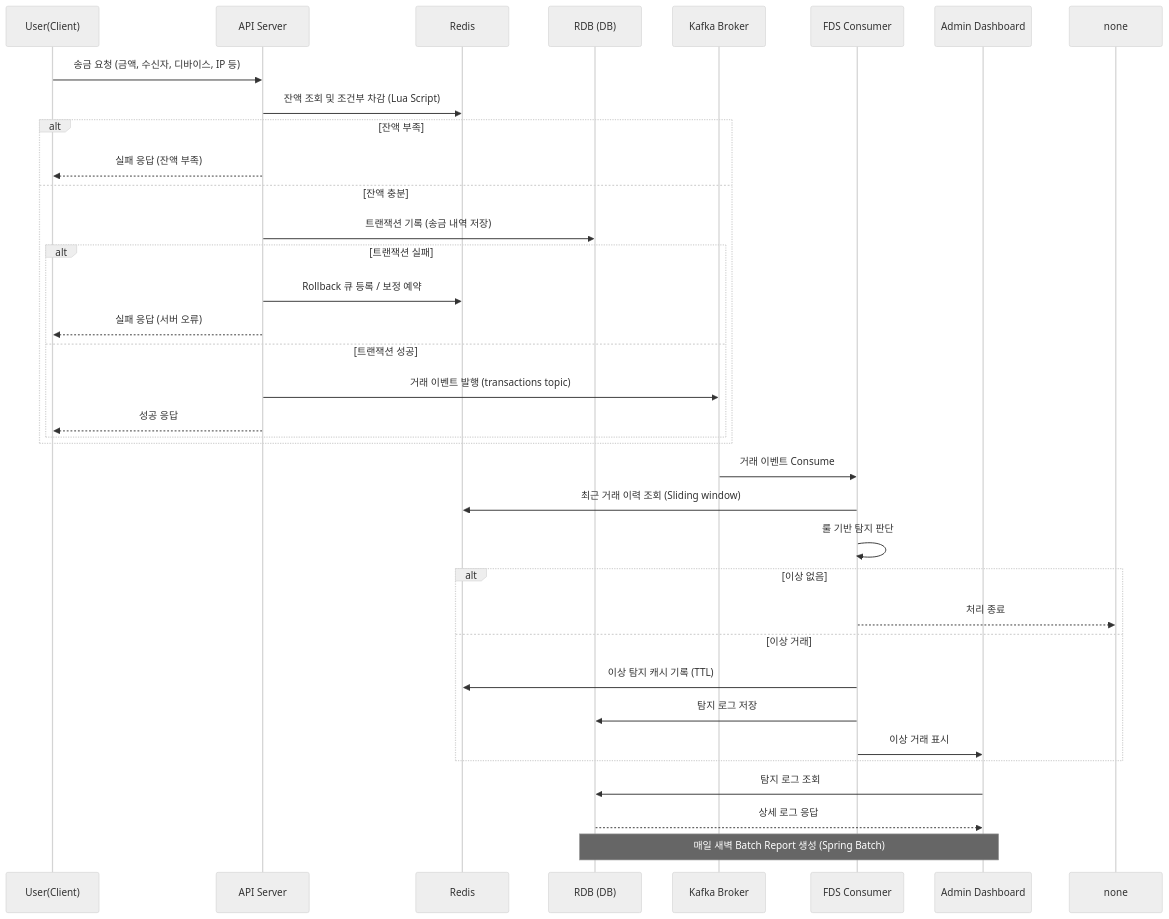
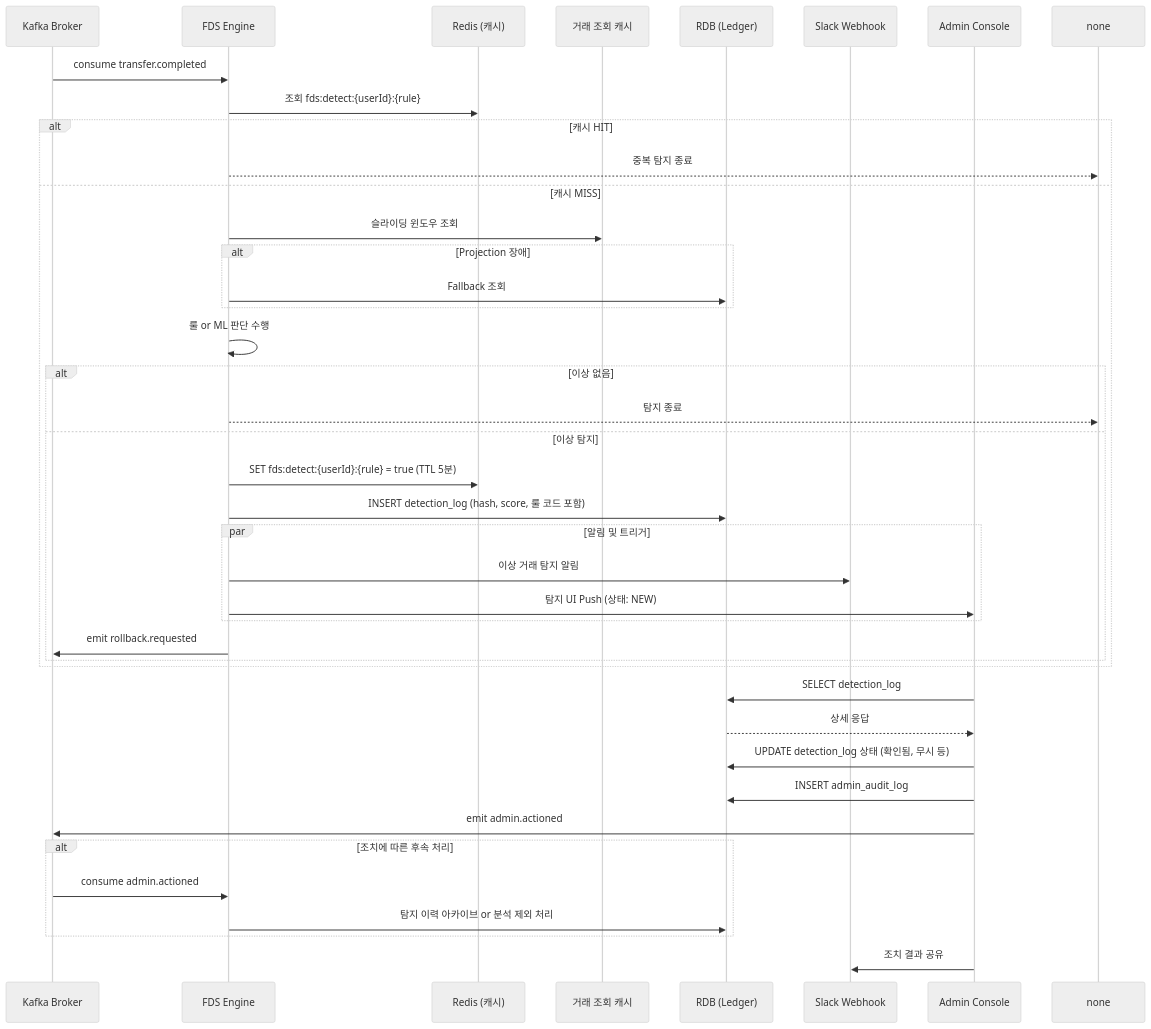
One commit to hyungkishin/FDS-System changed the third of 5 diagrams in GUIDE.md. Above: the diagram before and after it, drawn with Mermaid (neutral theme). The commit also changed other lines of this file, not shown here.

Commit message:
docs: sequance diagram 보완 - 인증, 송금 이벤트, admin 관점 의 조치, batch, 전체 구조도

````diff
--- a/GUIDE.md
+++ b/GUIDE.md
@@ -26,41 +95,44 @@
 ```mermaid
 sequenceDiagram
-  participant Client as User(Client)
-  participant API as API Server
-  participant Redis as Redis
-  participant RDB as RDB (DB)
-  participant Kafka as Kafka Broker
-  participant FDS as FDS Consumer
-  participant Admin as Admin Dashboard
+    participant Kafka as Kafka Broker
+    participant FDS as FDS Engine
+    participant Redis as Redis (캐시)
+    participant Projection as 거래 조회 캐시
+    participant RDB as RDB (Ledger)
+    participant Slack as Slack Webhook
+    participant Admin as Admin Console
 
-  Client->>API: 송금 요청 (금액, 수신자, 디바이스, IP 등)
-  API->>Redis: 잔액 조회 및 조건부 차감 (Lua Script)
-  alt 잔액 부족
-    API-->>Client: 실패 응답 (잔액 부족)
-  else 잔액 충분
-    API->>RDB: 트랜잭션 기록 (송금 내역 저장)
-    alt 트랜잭션 실패
-      API->>Redis: Rollback 큐 등록 / 보정 예약
-      API-->>Client: 실패 응답 (서버 오류)
-    else 트랜잭션 성공
-      API->>Kafka: 거래 이벤트 발행 (transactions topic)
-      API-->>Client: 성공 응답
+    Kafka->>FDS: consume transfer.completed
+    FDS->>Redis: 조회 fds:detect:{userId}:{rule}
+    alt 캐시 HIT
+        FDS-->>none: 중복 탐지 종료
+    else 캐시 MISS
+        FDS->>Projection: 슬라이딩 윈도우 조회
+        alt Projection 장애
+            FDS->>RDB: Fallback 조회
+        end
+        FDS->>FDS: 룰 or ML 판단 수행
+        alt 이상 없음
+            FDS-->>none: 탐지 종료
+        else 이상 탐지
+            FDS->>Redis: SET fds:detect:{userId}:{rule} = true (TTL 5분)
+            FDS->>RDB: INSERT detection_log (hash, score, 룰 코드 포함)
+            par 알림 및 트리거
+                FDS->>Slack: 이상 거래 탐지 알림
+                FDS->>Admin: 탐지 UI Push (상태: NEW)
+            end
+            FDS->>Kafka: emit rollback.requested
+        end
     end
-  end
 
-  Kafka->>FDS: 거래 이벤트 Consume
-  FDS->>Redis: 최근 거래 이력 조회 (Sliding window)
-  FDS->>FDS: 룰 기반 탐지 판단
-  alt 이상 없음
-    FDS-->>none: 처리 종료
-  else 이상 거래
-    FDS->>Redis: 이상 탐지 캐시 기록 (TTL)
-    FDS->>RDB: 탐지 로그 저장
-    FDS->>Admin: 이상 거래 표시
-  end
-
-  Admin->>RDB: 탐지 로그 조회
-  RDB-->>Admin: 상세 로그 응답
-
-  Note over Admin, RDB: 매일 새벽 Batch Report 생성 (Spring Batch)
+    Admin->>RDB: SELECT detection_log
+    RDB-->>Admin: 상세 응답
+    Admin->>RDB: UPDATE detection_log 상태 (확인됨, 무시 등)
+    Admin->>RDB: INSERT admin_audit_log
+    Admin->>Kafka: emit admin.actioned
+    alt 조치에 따른 후속 처리
+        Kafka->>FDS: consume admin.actioned
+        FDS->>RDB: 탐지 이력 아카이브 or 분석 제외 처리
+    end
+    Admin->>Slack: 조치 결과 공유
 ```
````
